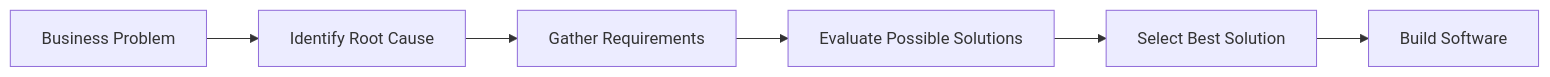
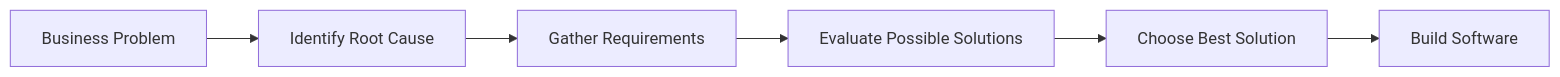
One commit to EjLaquiorez/LearningJAVA changed the diagram in courses/software-engineering-mindset/01-engineering-foundations/business-thinking/diagrams/001-problem-vs-solution.md. Above: the diagram before and after it, drawn with Mermaid. The commit also changed other lines of this file and 3 other files, not shown here.

Commit message:
docs(diagrams): add business thinking visual guides

````diff
--- a/courses/software-engineering-mindset/01-engineering-foundations/business-thinking/diagrams/001-problem-vs-solution.md
+++ b/courses/software-engineering-mindset/01-engineering-foundations/business-thinking/diagrams/001-problem-vs-solution.md
@@ -11,10 +11,10 @@
 ```mermaid
 flowchart LR
 
 A[Business Problem]
 --> B[Identify Root Cause]
 --> C[Gather Requirements]
 --> D[Evaluate Possible Solutions]
---> E[Select Best Solution]
+--> E[Choose Best Solution]
 --> F[Build Software]
 ```
````
